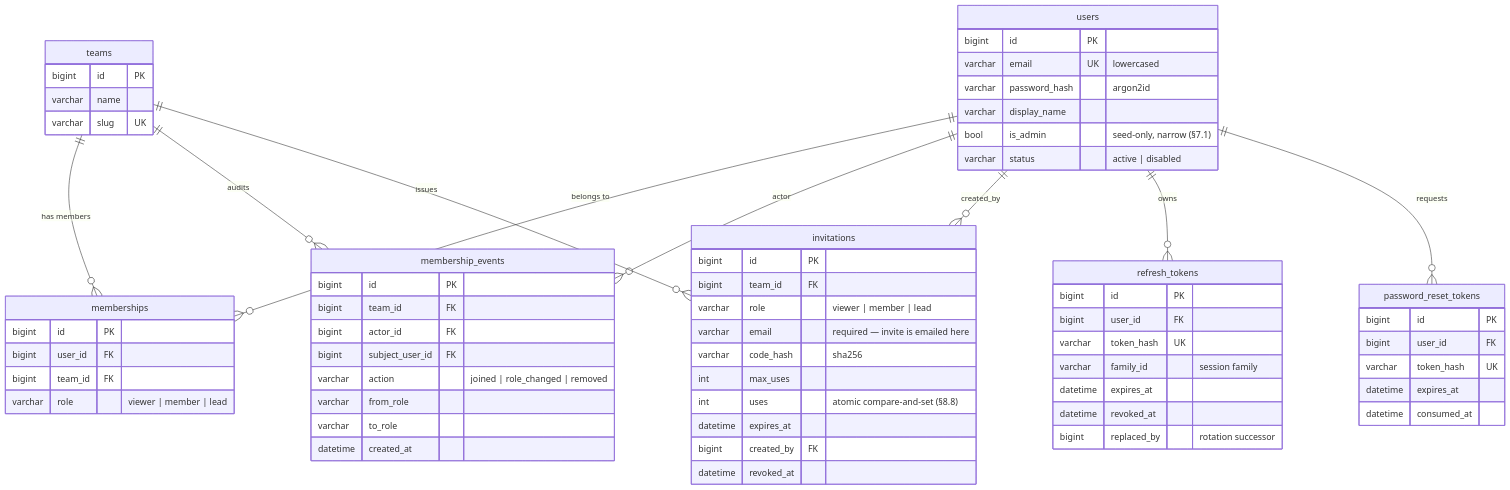
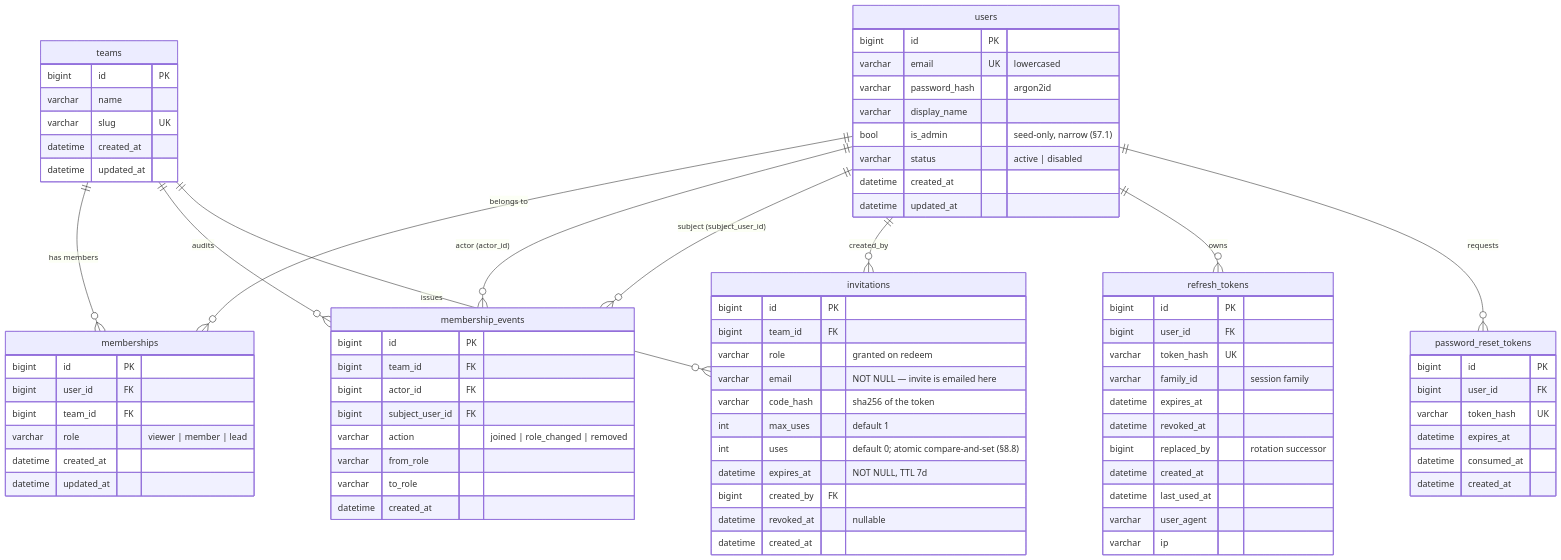
One commit to tabishraza302/newtoninte-ops changed the seventh of 9 diagrams in docs/architecture.md. Above: the diagram before and after it, drawn with Mermaid. The commit also changed other lines of this file and 1 other file, not shown here.

Commit message:
docs: make both ER diagrams exhaustive
- architecture.md: full column lists for all 12 tables (created_at/updated_at
  included), membership_events subject FK, expanded 6.3 constraint table to
  cover every table
- architecture.ascii.txt: 6. DATA MODEL regenerated as fully-populated boxes
  (aligned) + relationship map + complete constraint list
- spec 5.2: document the comments (work_item_id, id) index so the canonical
  spec and the diagrams agree

````diff
--- a/docs/architecture.md
+++ b/docs/architecture.md
@@ -196,69 +196,82 @@
 ```mermaid
 erDiagram
   users ||--o{ memberships : "belongs to"
   teams ||--o{ memberships : "has members"
   teams ||--o{ membership_events : "audits"
-  users ||--o{ membership_events : "actor"
+  users ||--o{ membership_events : "actor (actor_id)"
+  users ||--o{ membership_events : "subject (subject_user_id)"
   users ||--o{ invitations : "created_by"
   teams ||--o{ invitations : "issues"
   users ||--o{ refresh_tokens : "owns"
   users ||--o{ password_reset_tokens : "requests"
 
   users {
     bigint id PK
     varchar email UK "lowercased"
     varchar password_hash "argon2id"
     varchar display_name
     bool is_admin "seed-only, narrow (§7.1)"
     varchar status "active | disabled"
+    datetime created_at
+    datetime updated_at
   }
   teams {
     bigint id PK
     varchar name
     varchar slug UK
+    datetime created_at
+    datetime updated_at
   }
   memberships {
     bigint id PK
     bigint user_id FK
     bigint team_id FK
     varchar role "viewer | member | lead"
+    datetime created_at
+    datetime updated_at
   }
   membership_events {
     bigint id PK
     bigint team_id FK
     bigint actor_id FK
     bigint subject_user_id FK
     varchar action "joined | role_changed | removed"
     varchar from_role
     varchar to_role
     datetime created_at
   }
   invitations {
     bigint id PK
     bigint team_id FK
-    varchar role "viewer | member | lead"
-    varchar email "required — invite is emailed here"
-    varchar code_hash "sha256"
-    int max_uses
-    int uses "atomic compare-and-set (§8.8)"
-    datetime expires_at
+    varchar role "granted on redeem"
+    varchar email "NOT NULL — invite is emailed here"
+    varchar code_hash "sha256 of the token"
+    int max_uses "default 1"
+    int uses "default 0; atomic compare-and-set (§8.8)"
+    datetime expires_at "NOT NULL, TTL 7d"
     bigint created_by FK
-    datetime revoked_at
+    datetime revoked_at "nullable"
+    datetime created_at
   }
   refresh_tokens {
     bigint id PK
     bigint user_id FK
     varchar token_hash UK
     varchar family_id "session family"
     datetime expires_at
     datetime revoked_at
     bigint replaced_by "rotation successor"
+    datetime created_at
+    datetime last_used_at
+    varchar user_agent
+    varchar ip
   }
   password_reset_tokens {
     bigint id PK
     bigint user_id FK
     varchar token_hash UK
     datetime expires_at
     datetime consumed_at
+    datetime created_at
   }
 ```
````
